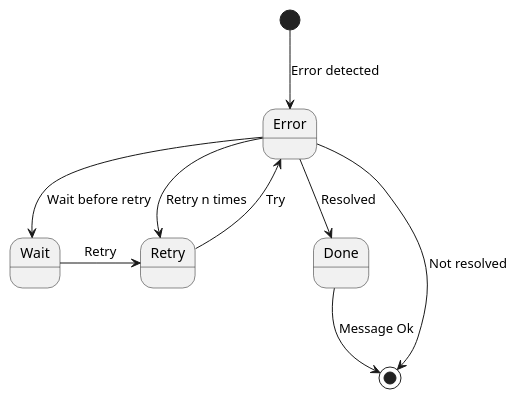
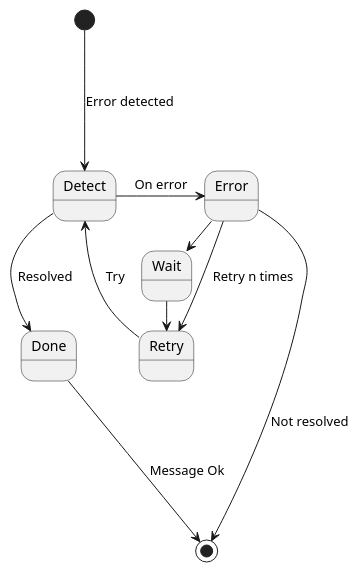
One commit to buidiaconseil/ErrorManagementPattern changed the diagram in ErrorStateManagement.wsd. Above: the diagram before and after it, drawn with PlantUML.

```diff
--- a/ErrorStateManagement.wsd
+++ b/ErrorStateManagement.wsd
@@ -1,13 +1,15 @@
 @startuml
 
-[*] --> Error : Error detected
-Error --> Done : Resolved
-Error -> Retry : Retry n times
-Retry --> Error : Try
-Error --> Wait : Wait before retry
+[*] ---> Detect : Error detected
+Detect --> Done : Resolved
+Error --> Retry : Retry n times
+Retry --> Detect : Try
+Detect -> Error : On error
+
+Error -> Wait : Wait before retry
 Wait -> Retry : Retry
-Error --> [*] : Not resolved
-Done --> [*] : Message Ok
+Error ---> [*] : Not resolved
+Done ---> [*] : Message Ok
 
 
 @enduml
```
